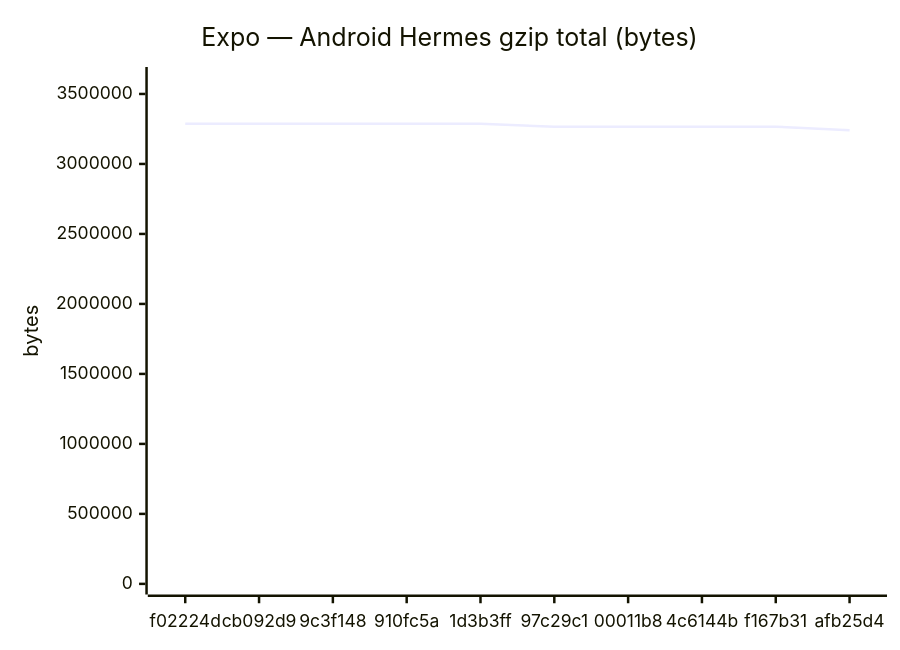
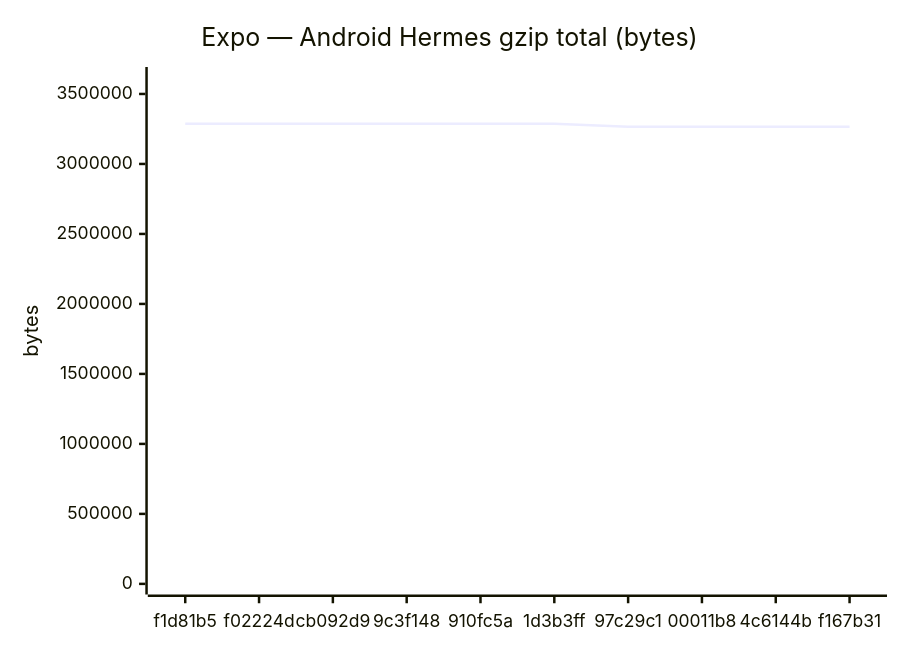
Before and after one commit to Metaheurist/Rianell: the fifth of 18 diagrams in benchmarks/compare.md, drawn with Mermaid. The commit also changed other lines of this file and 11 other files, not shown here.

````diff
--- a/benchmarks/compare.md
+++ b/benchmarks/compare.md
@@ -89,7 +89,7 @@
 ```mermaid
 xychart-beta
     title "Expo — Android Hermes gzip total (bytes)"
-    x-axis ["f02224d", "cb092d9", "9c3f148", "910fc5a", "1d3b3ff", "97c29c1", "00011b8", "4c6144b", "f167b31", "afb25d4"]
+    x-axis ["f1d81b5", "f02224d", "cb092d9", "9c3f148", "910fc5a", "1d3b3ff", "97c29c1", "00011b8", "4c6144b", "f167b31"]
     y-axis "bytes" 0 --> 3616656
-    line [3287426, 3287424, 3287424, 3287869, 3287424, 3266092, 3266094, 3266092, 3266093, 3239886]
+    line [3287424, 3287426, 3287424, 3287424, 3287869, 3287424, 3266092, 3266094, 3266092, 3266093]
 ```
````
